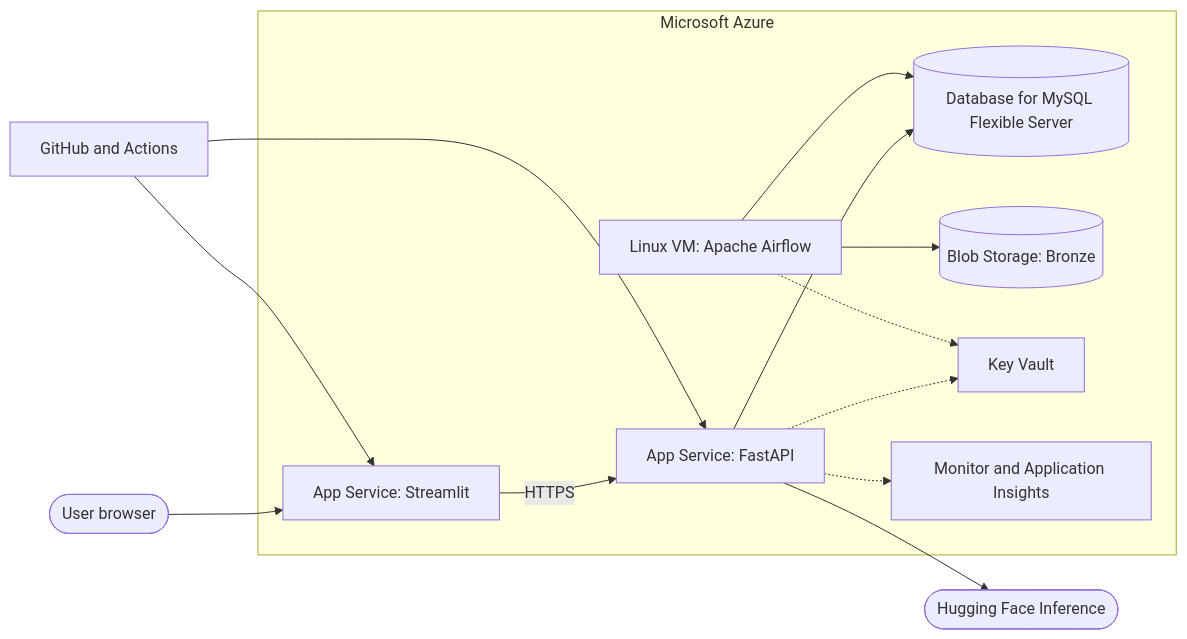
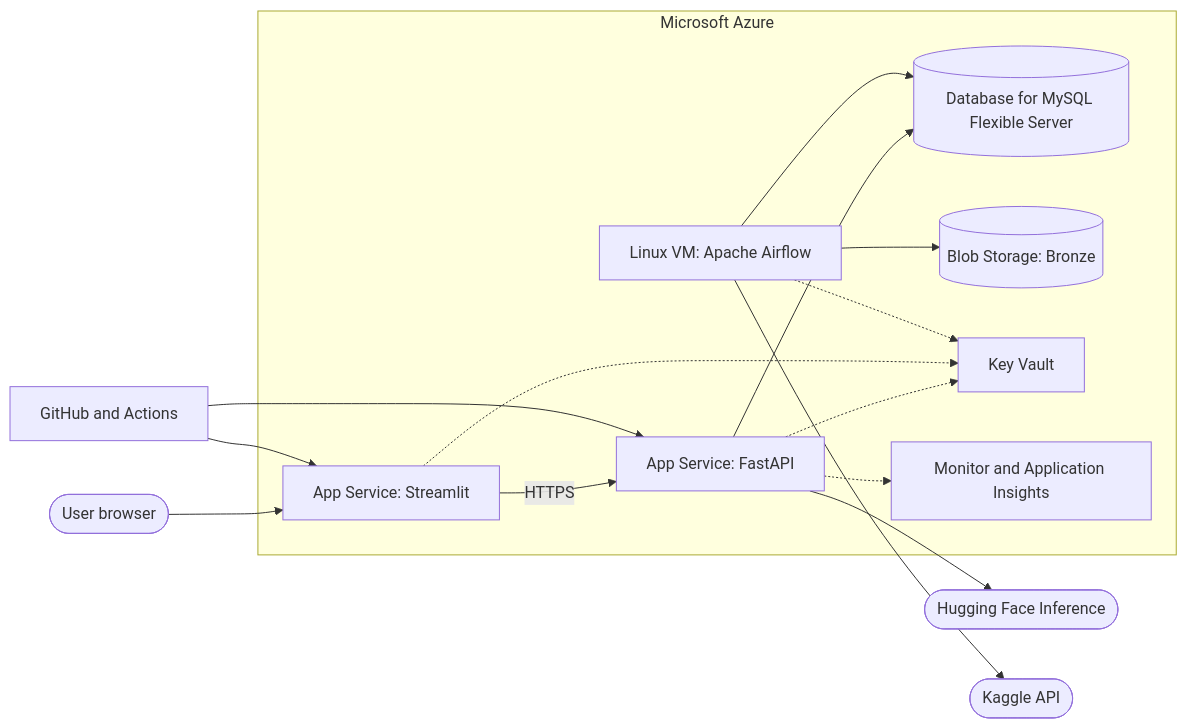
Before and after one commit to Ziad17-Ai/Global-Restaurant-Explorer-: the ninth of 9 diagrams in docs/ARCHITECTURE.md, drawn with Mermaid. The commit also changed other lines of this file and 7 other files, not shown here.

Commit message:
docs(docs): align core architecture, srs, style, and agent guide

````diff
--- a/docs/ARCHITECTURE.md
+++ b/docs/ARCHITECTURE.md
@@ -347,26 +472,29 @@
 ```mermaid
 flowchart LR
     U([User browser])
     subgraph AZ["Microsoft Azure"]
         APPUI["App Service: Streamlit"]
         APPS["App Service: FastAPI"]
         MYSQL[("Database for MySQL Flexible Server")]
         BLOB[("Blob Storage: Bronze")]
         VM["Linux VM: Apache Airflow"]
         KV["Key Vault"]
         MON["Monitor and Application Insights"]
     end
     HF([Hugging Face Inference])
+    KG([Kaggle API])
     GH["GitHub and Actions"]
     U --> APPUI
     APPUI -->|HTTPS| APPS
     APPS --> MYSQL
     APPS --> HF
     APPS -.-> KV
+    APPUI -.-> KV
+    VM --> KG
     VM --> BLOB
     VM --> MYSQL
     VM -.-> KV
     APPS -.-> MON
     GH --> APPUI
     GH --> APPS
 ```
````
